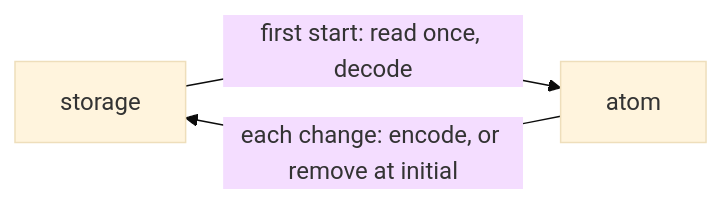
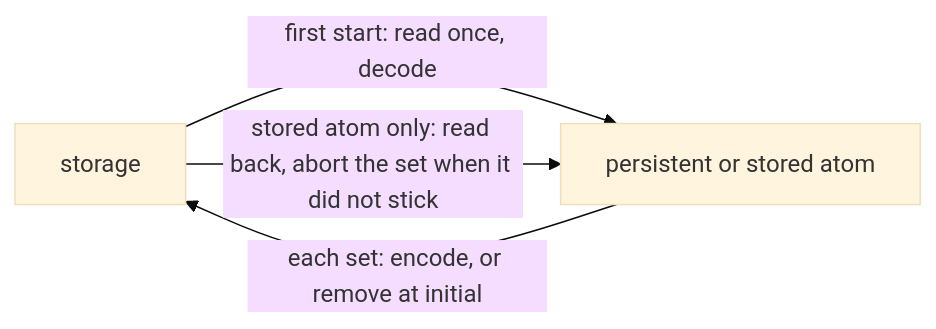
The diagram in packages/stores-persistent/README.md (paritytech/dotli-community), drawn with Mermaid (base theme) before and after one commit. The commit also changed other lines of this file and 42 other files, not shown here.

````diff
--- a/packages/stores-persistent/README.md
+++ b/packages/stores-persistent/README.md
@@ -24,5 +27,6 @@
 ```mermaid
 flowchart LR
-  storage -- "first start: read once, decode" --> atom
-  atom -- "each change: encode, or remove at initial" --> storage
+  storage -- "first start: read once, decode" --> atom[persistent or stored atom]
+  atom -- "each set: encode, or remove at initial" --> storage
+  storage -- "stored atom only: read back, abort the set when it did not stick" --> atom
 ```
````
